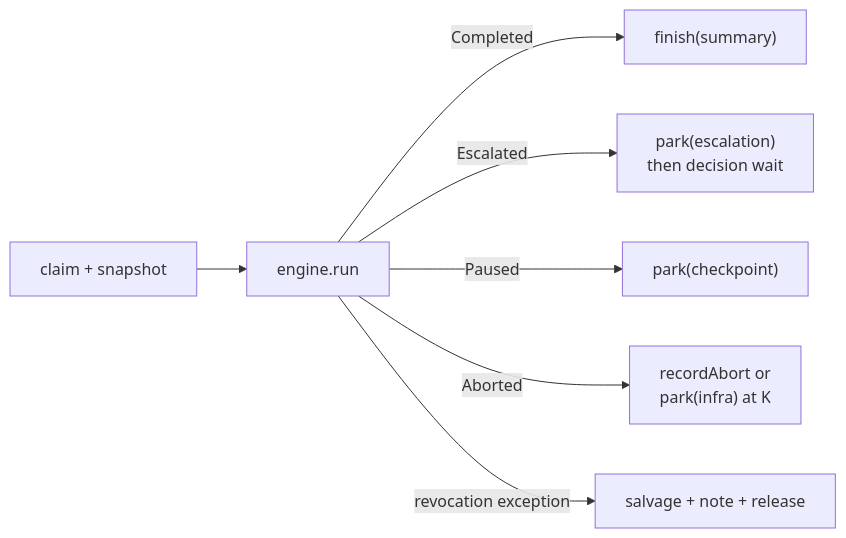
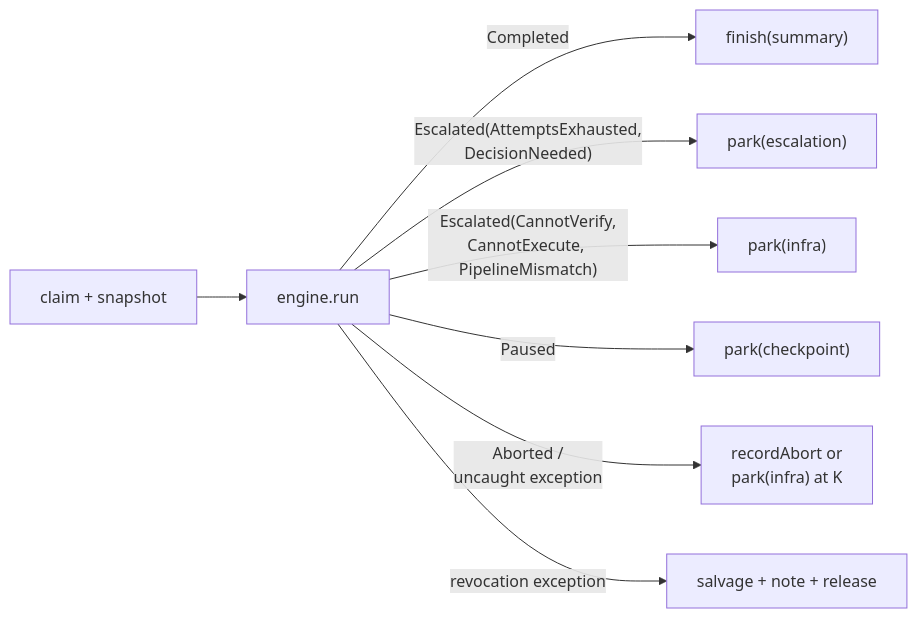
One commit to oinsio/gnomish-factory changed the diagram in openspec/changes/add-tracker-port/design.md. Above: the diagram before and after it, drawn with Mermaid. The commit also changed other lines of this file and 6 other files, not shown here.

````diff
--- a/openspec/changes/add-tracker-port/design.md
+++ b/openspec/changes/add-tracker-port/design.md
@@ -71,9 +71,10 @@
 ```mermaid
 flowchart LR
     Claim["claim + snapshot"] --> Run["engine.run"]
     Run -->|Completed| F["finish(summary)"]
-    Run -->|Escalated| P1["park(escalation)<br/>then decision wait"]
+    Run -->|"Escalated(AttemptsExhausted,<br/>DecisionNeeded)"| P1["park(escalation)"]
+    Run -->|"Escalated(CannotVerify,<br/>CannotExecute, PipelineMismatch)"| P3["park(infra)"]
     Run -->|Paused| P2["park(checkpoint)"]
-    Run -->|Aborted| A["recordAbort or<br/>park(infra) at K"]
+    Run -->|"Aborted /<br/>uncaught exception"| A["recordAbort or<br/>park(infra) at K"]
     Run -->|revocation exception| R["salvage + note + release"]
 ```
````
